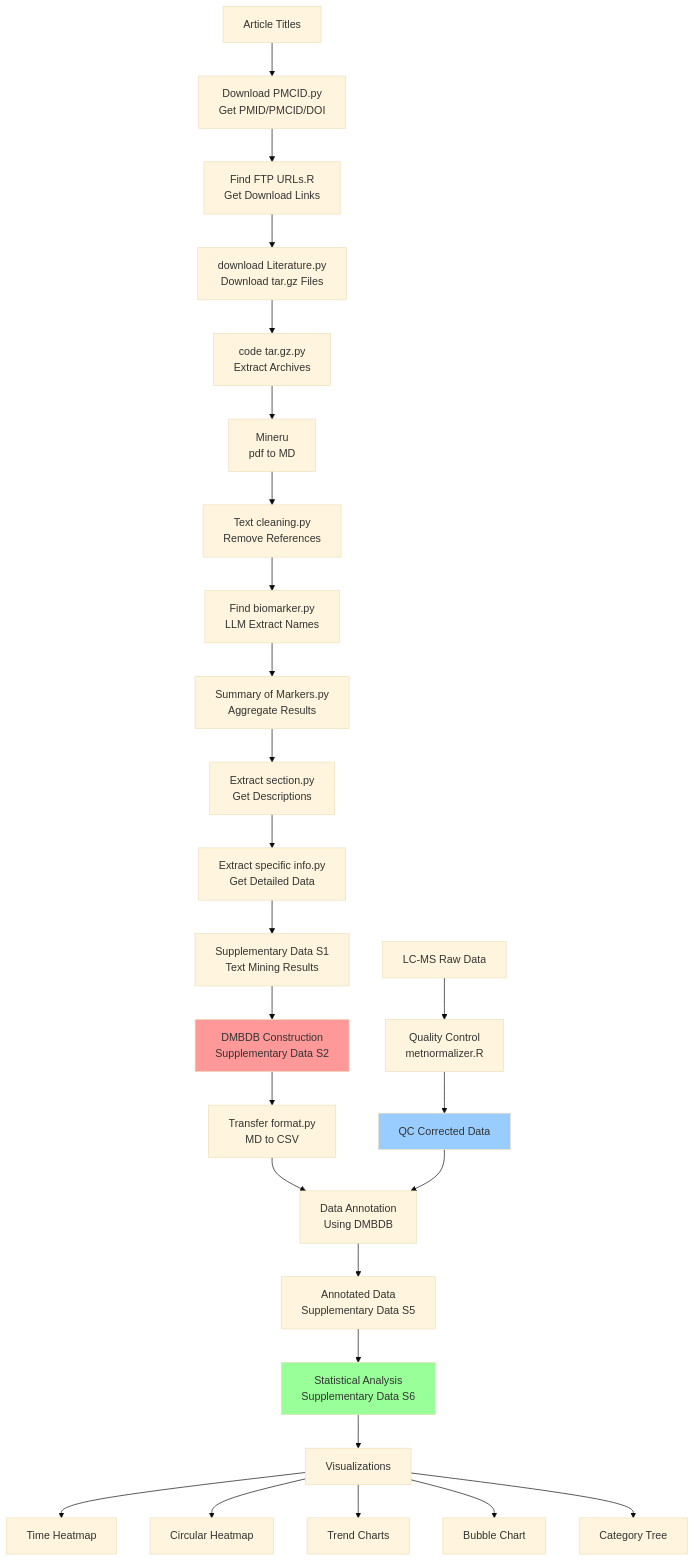
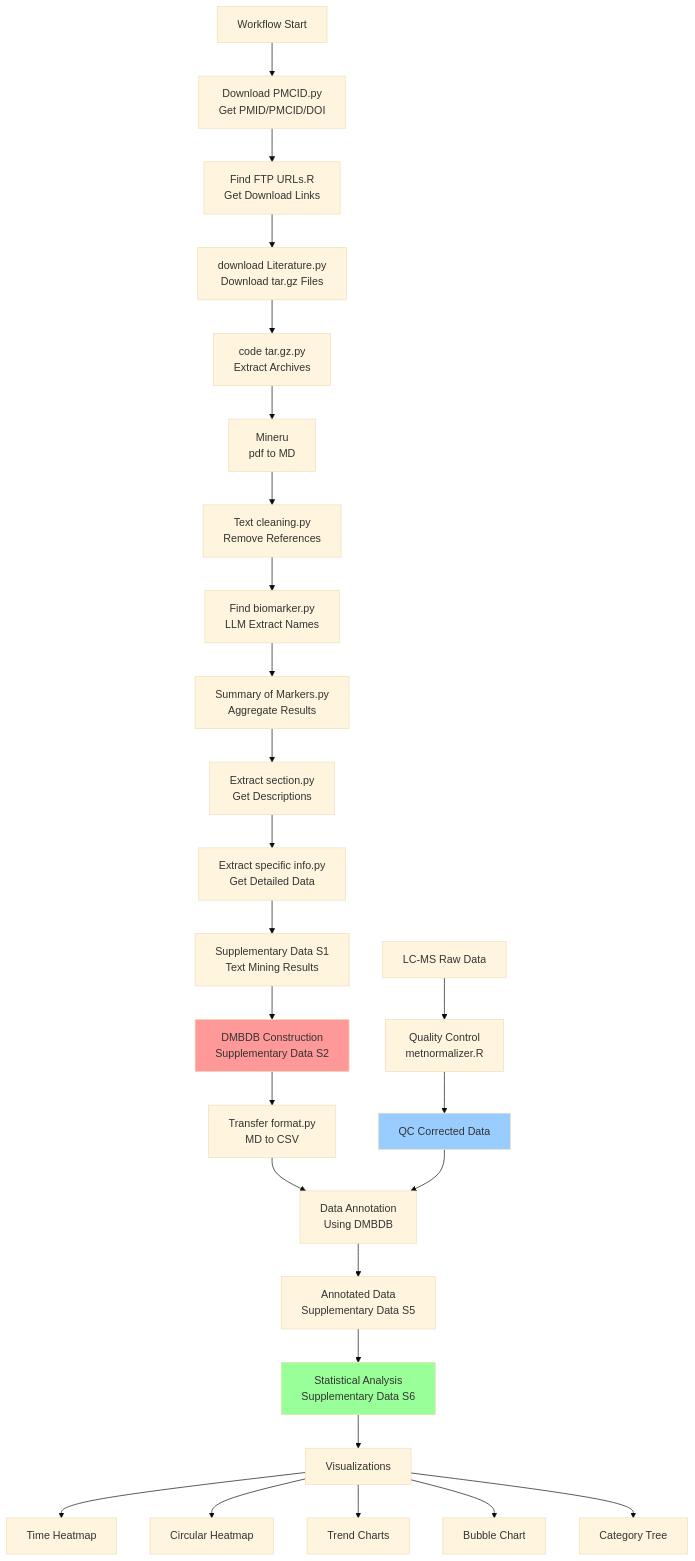
The diagram in README.md (zhengfj1994/DMBDB), drawn with Mermaid (base theme) before and after one commit.

````diff
--- a/README.md
+++ b/README.md
@@ -317,35 +317,35 @@
 ```mermaid
 graph TD
-    A[Article Titles] --> B[Download PMCID.py<br/>Get PMID/PMCID/DOI]
+    A[Workflow Start] --> B[Download PMCID.py<br/>Get PMID/PMCID/DOI]
     B --> C[Find FTP URLs.R<br/>Get Download Links]
     C --> D[download Literature.py<br/>Download tar.gz Files]
     D --> E[code tar.gz.py<br/>Extract Archives]
     E --> F[Mineru<br/>pdf to MD]
     F --> G[Text cleaning.py<br/>Remove References]
     G --> H[Find biomarker.py<br/>LLM Extract Names]
     H --> I[Summary of Markers.py<br/>Aggregate Results]
     I --> J[Extract section.py<br/>Get Descriptions]
     J --> K[Extract specific info.py<br/>Get Detailed Data]
     K --> L[Supplementary Data S1<br/>Text Mining Results]
     L --> M[DMBDB Construction<br/>Supplementary Data S2]
     M --> N[Transfer format.py<br/>MD to CSV]
 
     O[LC-MS Raw Data] --> P[Quality Control<br/>metnormalizer.R]
     P --> Q[QC Corrected Data]
 
     N --> R[Data Annotation<br/>Using DMBDB]
     Q --> R
     R --> S[Annotated Data<br/>Supplementary Data S5]
     S --> T[Statistical Analysis<br/>Supplementary Data S6]
 
     T --> U[Visualizations]
     U --> V[Time Heatmap]
     U --> W[Circular Heatmap]
     U --> X[Trend Charts]
     U --> Y[Bubble Chart]
     U --> Z[Category Tree]
 
     style M fill:#ff9999
     style Q fill:#99ccff
     style T fill:#99ff99
 ```
````
